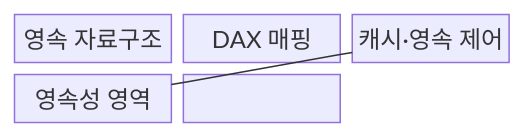
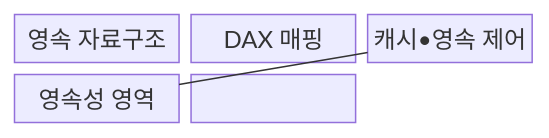
One commit to agnusdei1207/knowledge-base changed the first of 2 diagrams in src/content/docs/notes/02-hardware/082_persistent_memory.md. Above: the diagram before and after it, drawn with Mermaid. The commit also changed other lines of this file and 953 other files, not shown here.

````diff
--- a/src/content/docs/notes/02-hardware/082_persistent_memory.md
+++ b/src/content/docs/notes/02-hardware/082_persistent_memory.md
@@ -68,10 +68,10 @@
 ```mermaid
 block
   columns 3
   A["영속 자료구조"]
   B["DAX 매핑"]
-  C["캐시·영속 제어"]
+  C["캐시•영속 제어"]
   D["영속성 영역"]
   A --- B --- C
   C --- D
 ```
````
